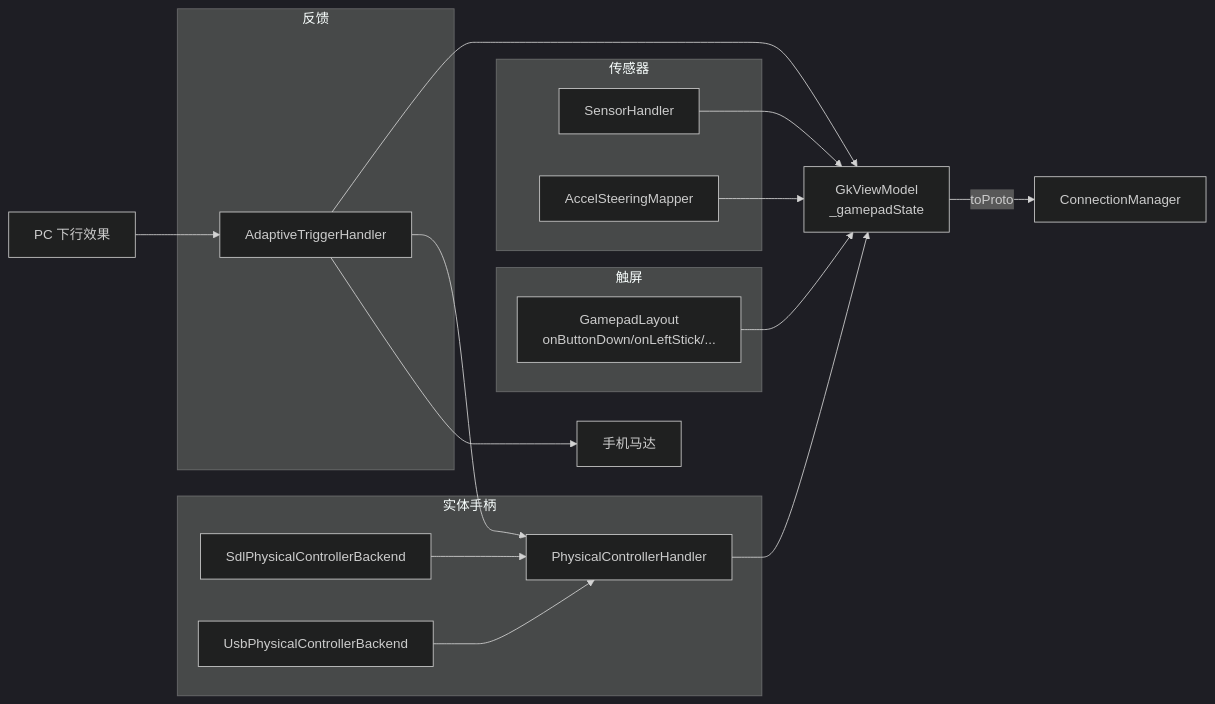
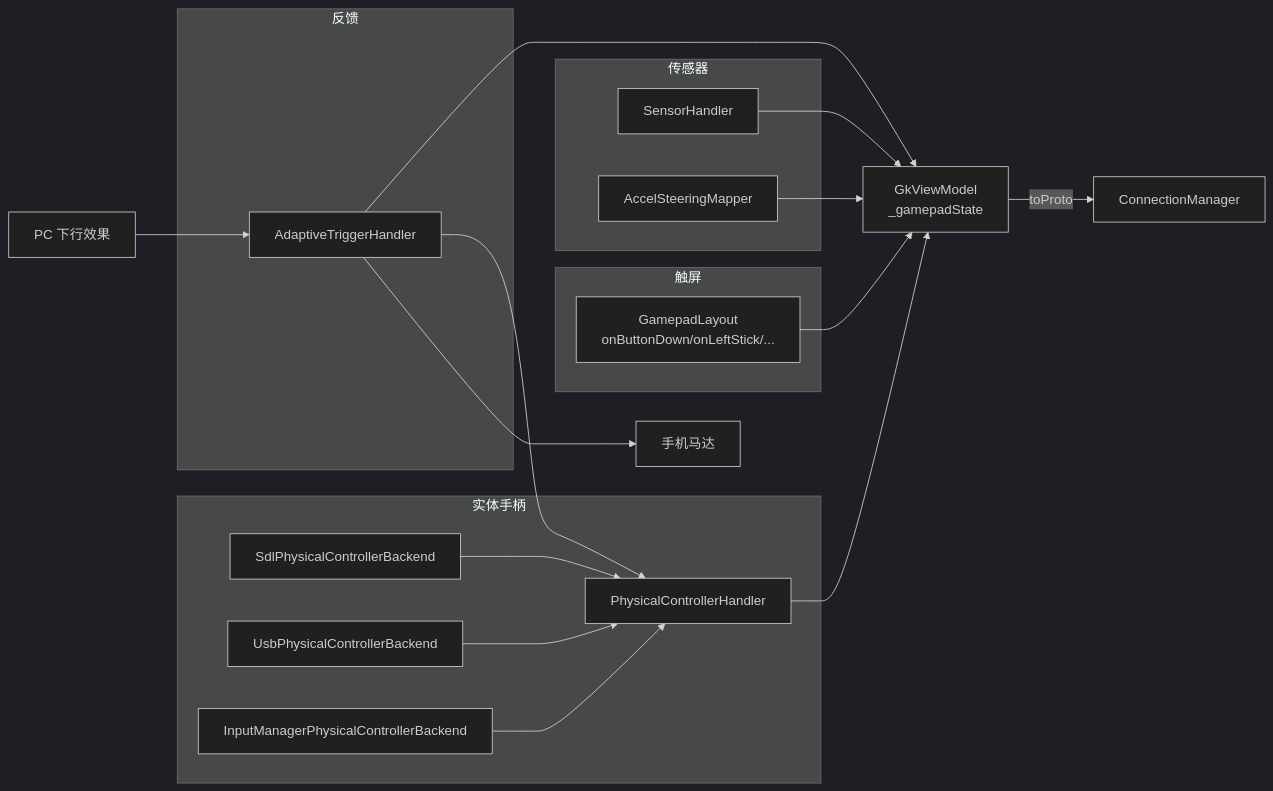
One commit to 4zyz4/GKME changed the diagram in docs/input.md. Above: the diagram before and after it, drawn with Mermaid (dark theme). The commit also changed other lines of this file and 6 other files, not shown here.

First line of the commit message:
feat(input): 新增 InputManager 手柄驱动（系统 InputManager + VibratorManager）

````diff
--- a/docs/input.md
+++ b/docs/input.md
@@ -14,30 +14,32 @@
 ```mermaid
 flowchart LR
     subgraph 触屏
         GL["GamepadLayout<br/>onButtonDown/onLeftStick/..."]
     end
     subgraph 传感器
         SH["SensorHandler"]
         ASM["AccelSteeringMapper"]
     end
     subgraph 实体手柄
         PCH["PhysicalControllerHandler"]
         SDL["SdlPhysicalControllerBackend"]
         USBb["UsbPhysicalControllerBackend"]
+        IM["InputManagerPhysicalControllerBackend"]
     end
     subgraph 反馈
         AT["AdaptiveTriggerHandler"]
     end
 
     GL --> VM["GkViewModel<br/>_gamepadState"]
     SH --> VM
     ASM --> VM
     PCH --> VM
     SDL --> PCH
     USBb --> PCH
+    IM --> PCH
     VM -->|toProto| CM["ConnectionManager"]
     PC["PC 下行效果"] --> AT
     AT --> VM
     AT --> PCH
     AT --> PHH["手机马达"]
 ```
````
